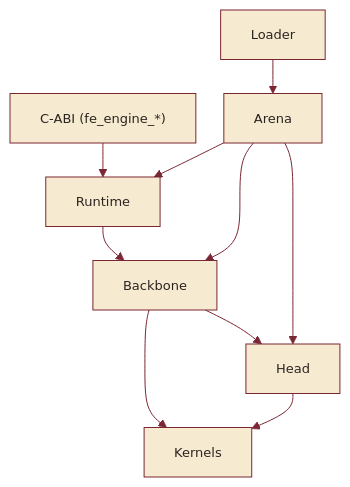
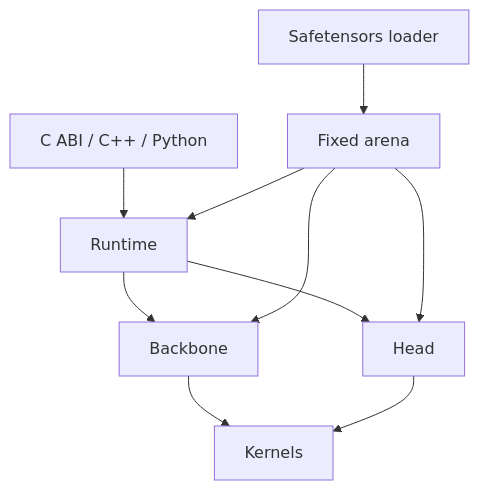
The first of 3 diagrams in docs/architecture/overview.md (elprofesoriqo/FlowEdge), drawn with Mermaid before and after one commit. The commit also changed other lines of this file and 16 other files, not shown here.

````diff
--- a/docs/architecture/overview.md
+++ b/docs/architecture/overview.md
@@ -7,14 +5,12 @@
 ```{mermaid}
-%%{init: {'theme':'base','flowchart':{'htmlLabels':false,'nodeSpacing':28,'rankSpacing':34,'useMaxWidth':false},'themeVariables':{'primaryColor':'#f6ead0','primaryBorderColor':'#7b2733','lineColor':'#7b2733','primaryTextColor':'#2b2521','secondaryColor':'#eaddbf','tertiaryColor':'#faf3e2','fontFamily':'system-ui, -apple-system, Segoe UI, Roboto, sans-serif','fontSize':'13px'}}}%%
-graph TD
-  API["C-ABI (fe_engine_*)"]
-  API --> RT[Runtime]
+flowchart TD
+  API[C ABI / C++ / Python] --> RT[Runtime]
   RT --> BB[Backbone]
-  BB --> HD[Head]
-  BB --> KER["Kernels"]
-  HD --> KER
-  LD[Loader] --> AR[Arena]
-  AR --> RT
-  AR --> BB
-  AR --> HD
+  RT --> HD[Head]
+  BB --> K[Kernels]
+  HD --> K
+  Loader[Safetensors loader] --> Arena[Fixed arena]
+  Arena --> RT
+  Arena --> BB
+  Arena --> HD
 ```
````
